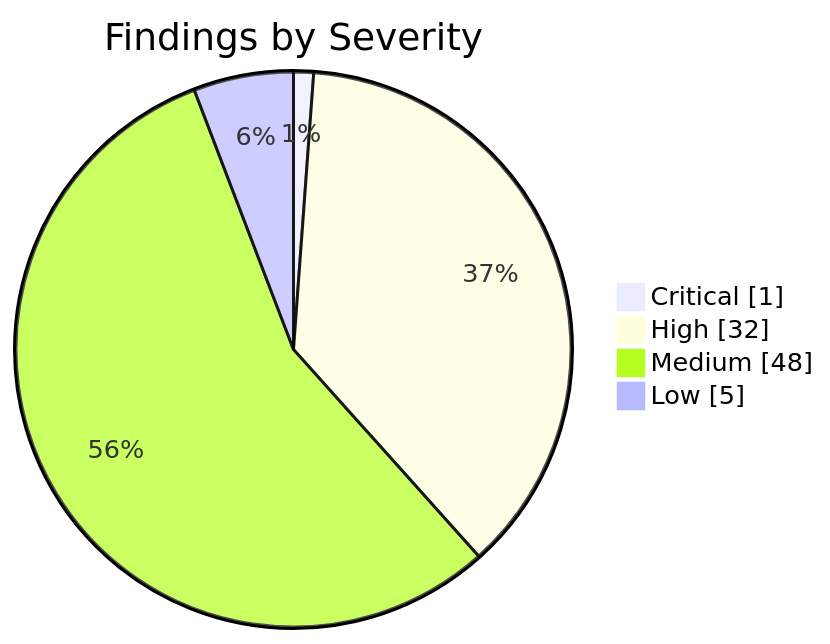
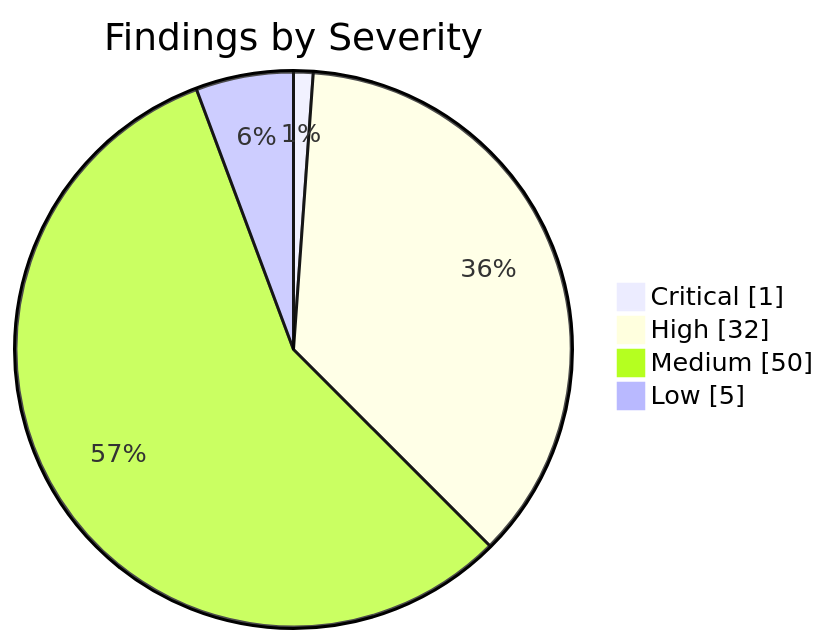
The first of 2 diagrams in apps/kbve/astro-kbve/src/content/docs/dashboard/security.mdx (KBVE/kbve), drawn with Mermaid before and after one commit. The commit also changed other lines of this file and 7 other files, not shown here.

````diff
--- a/apps/kbve/astro-kbve/src/content/docs/dashboard/security.mdx
+++ b/apps/kbve/astro-kbve/src/content/docs/dashboard/security.mdx
@@ -62,8 +62,8 @@
 ```mermaid
 pie showData
     title Findings by Severity
     "Critical" : 1
     "High" : 32
-    "Medium" : 48
+    "Medium" : 50
     "Low" : 5
 ```
````
